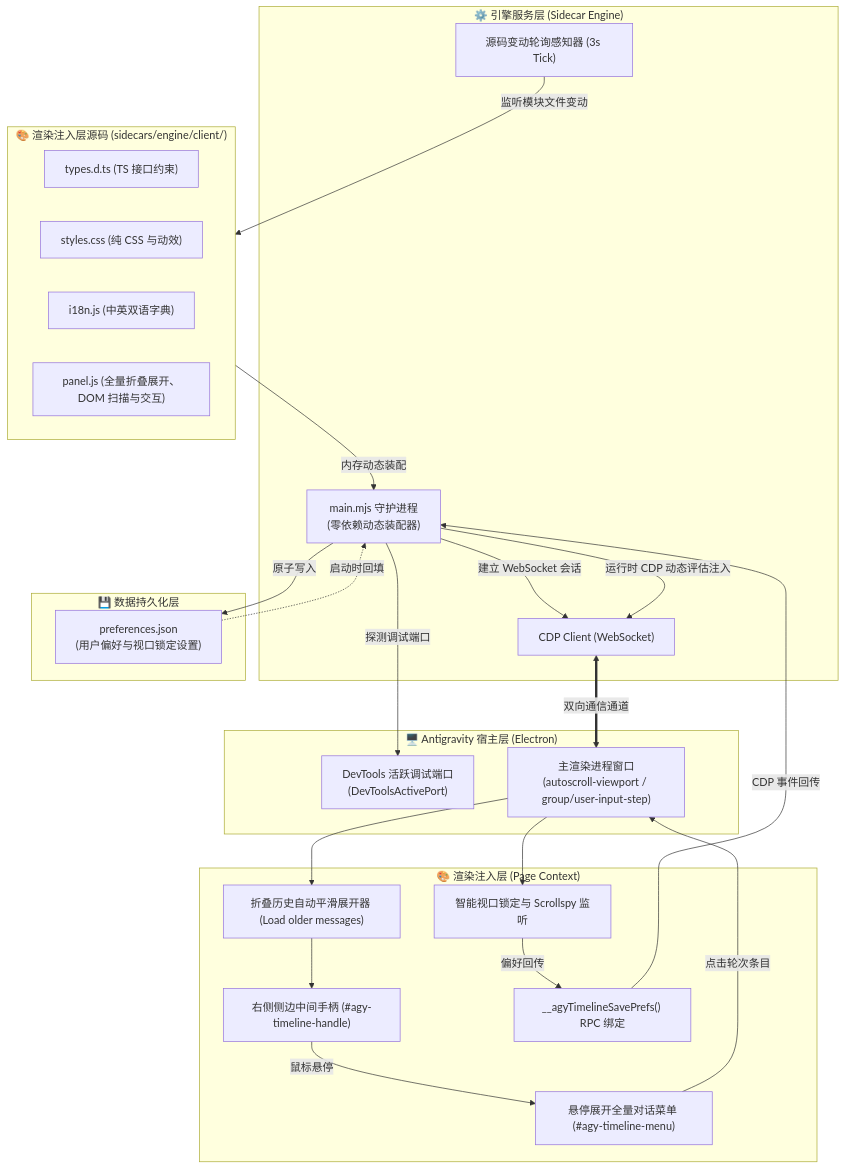
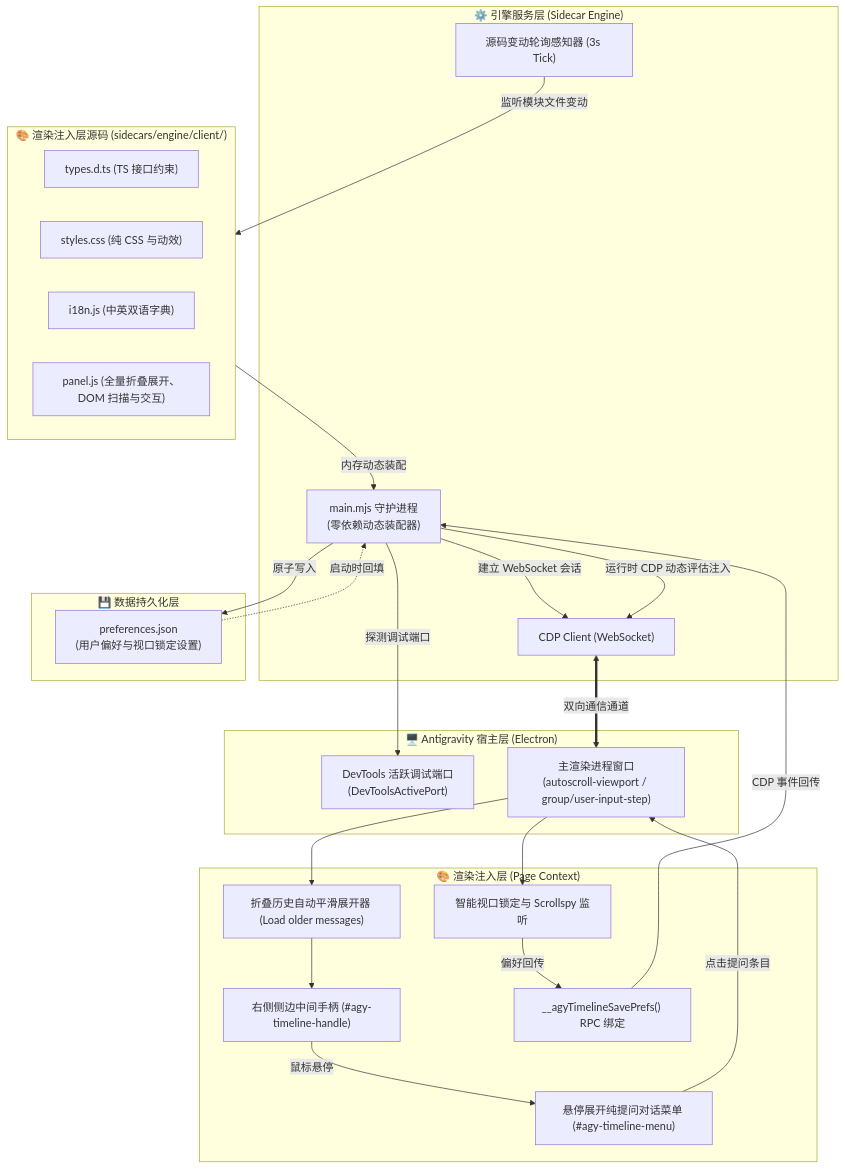
Before and after one commit to moumouye/antigravity-timeline: the diagram in ARCHITECTURE.md, drawn with Mermaid. The commit also changed other lines of this file and 5 other files, not shown here.

````diff
--- a/ARCHITECTURE.md
+++ b/ARCHITECTURE.md
@@ -11,50 +11,50 @@
 ```mermaid
 flowchart TB
     subgraph Host ["🖥️ Antigravity 宿主层 (Electron)"]
         DevTools["DevTools 活跃调试端口<br/>(DevToolsActivePort)"]
         Renderer["主渲染进程窗口<br/>(autoscroll-viewport / group/user-input-step)"]
     end
 
     subgraph Sidecar ["⚙️ 引擎服务层 (Sidecar Engine)"]
         Main["main.mjs 守护进程<br/>(零依赖动态装配器)"]
         CDP["CDP Client (WebSocket)"]
         Watcher["源码变动轮询感知器 (3s Tick)"]
     end
 
     subgraph Client ["🎨 渲染注入层源码 (sidecars/engine/client/)"]
         Types["types.d.ts (TS 接口约束)"]
         Styles["styles.css (纯 CSS 与动效)"]
         I18n["i18n.js (中英双语字典)"]
         Panel["panel.js (全量折叠展开、DOM 扫描与交互)"]
     end
 
     subgraph Injected ["🎨 渲染注入层 (Page Context)"]
         AutoExpand["折叠历史自动平滑展开器 (Load older messages)"]
         Handle["右侧侧边中间手柄 (#agy-timeline-handle)"]
-        Menu["悬停展开全量对话菜单 (#agy-timeline-menu)"]
+        Menu["悬停展开纯提问对话菜单 (#agy-timeline-menu)"]
         ScrollController["智能视口锁定与 Scrollspy 监听"]
         Binding["__agyTimelineSavePrefs() RPC 绑定"]
     end
 
     subgraph Storage ["💾 数据持久化层"]
         Prefs["preferences.json<br/>(用户偏好与视口锁定设置)"]
     end
 
     Main -->|探测调试端口| DevTools
     Main -->|建立 WebSocket 会话| CDP
     CDP <==>|双向通信通道| Renderer
 
     Watcher -->|监听模块文件变动| Client
     Client -->|内存动态装配| Main
     Main -->|运行时 CDP 动态评估注入| CDP
 
     Renderer --> AutoExpand
     AutoExpand --> Handle
     Handle -->|鼠标悬停| Menu
-    Menu -->|点击轮次条目| Renderer
+    Menu -->|点击提问条目| Renderer
     Renderer --> ScrollController
     ScrollController -->|偏好回传| Binding
     Binding -->|CDP 事件回传| Main
     Main -->|原子写入| Prefs
     Prefs -.->|启动时回填| Main
 ```
````
